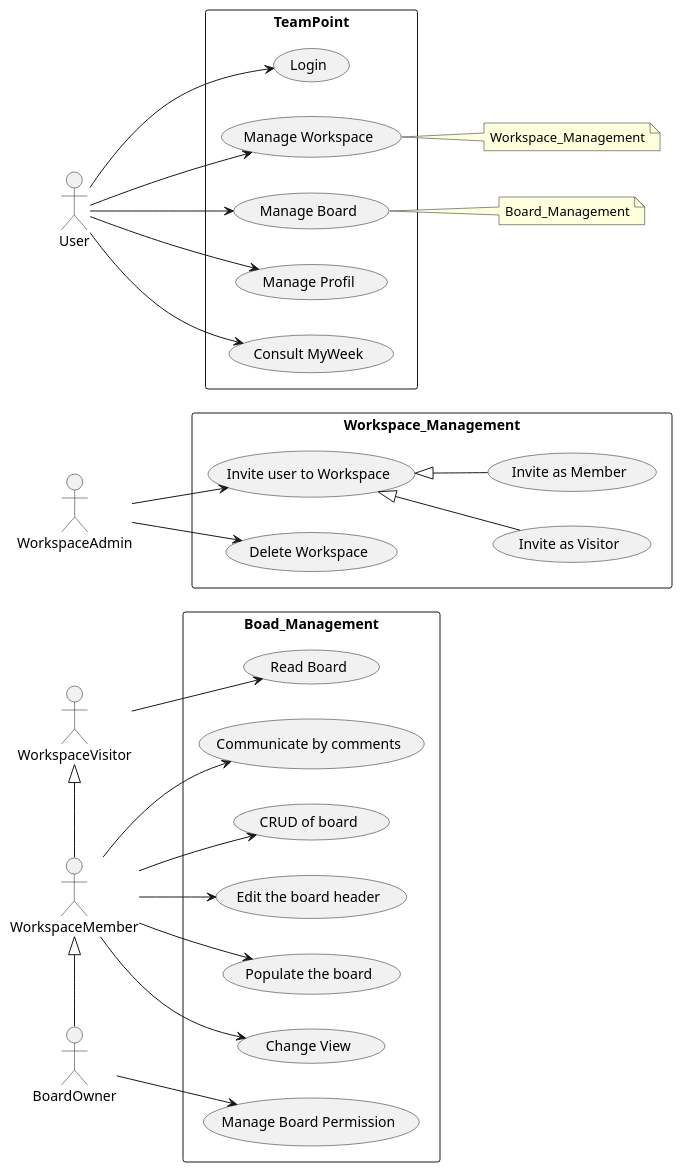
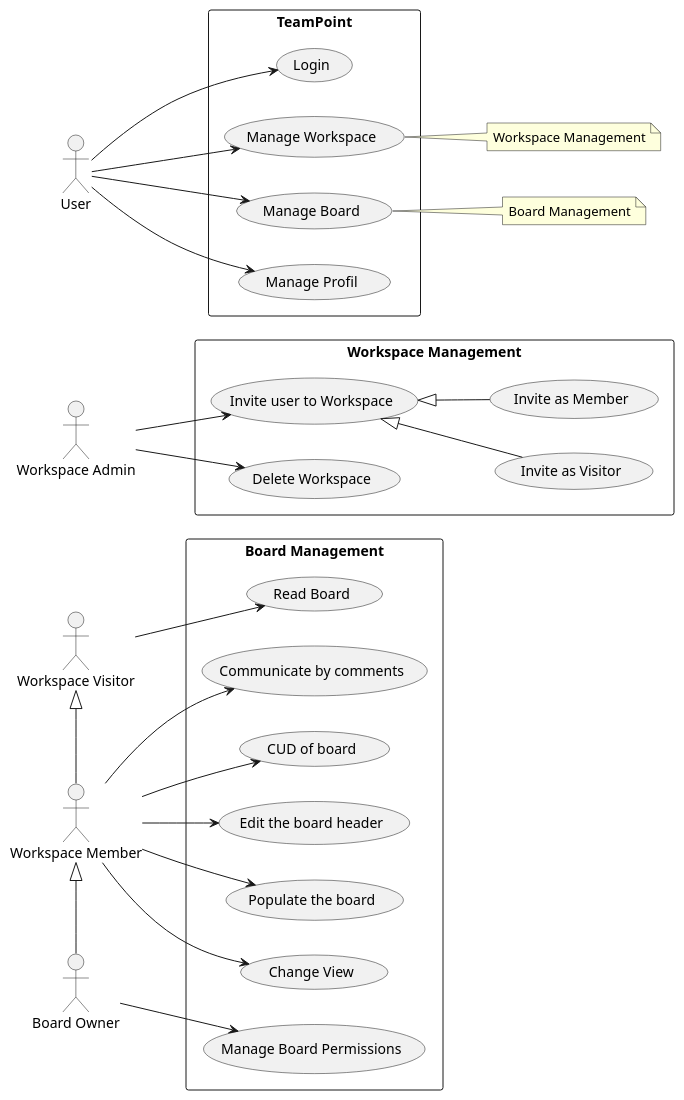
One commit to tirgue/TeamPoint changed the diagram in usecase.plantuml. Above: the diagram before and after it, drawn with PlantUML. The commit also changed 1 other file, not shown here.

Commit message:
Update usecase

```diff
--- a/usecase.plantuml
+++ b/usecase.plantuml
@@ -1,61 +1,57 @@
 @startuml
 left to right direction
 
-actor WorkspaceAdmin
+actor "Workspace Admin" as WorkspaceAdmin
 actor User
-actor WorkspaceMember
-actor BoardOwner
-actor WorkspaceVisitor
+actor "Workspace Member" as WorkspaceMember
+actor "Board Owner" as BoardOwner
+actor "Workspace Visitor" as WorkspaceVisitor
 
 rectangle TeamPoint{
   usecase "Login" as UC112
   usecase "Manage Workspace" as UC110
   usecase "Manage Board" as UC111
   usecase "Manage Profil" as UC113
-  'usecase "Consult inbox" as UC118
-  usecase "Consult MyWeek" as UC117
 }
 User --> UC110
 User --> UC111
 User --> UC112
 User --> UC113
-User --> UC117
-'User --> UC118
 note right of (UC110)
-  Workspace_Management
+  Workspace Management
 end note
 note right of (UC111)
-  Board_Management
+  Board Management
 end note
 
-rectangle Workspace_Management{
+rectangle "Workspace Management" as Workspace_Management{
   usecase "Invite user to Workspace" as UC107
   usecase "Delete Workspace" as UC108
   usecase "Invite as Visitor" as UC114
   usecase "Invite as Member" as UC115
 }
 WorkspaceAdmin --> UC108
 WorkspaceAdmin --> UC107
 UC107 <|-- UC114
 UC107 <|-- UC115
 
-rectangle Boad_Management{
-  usecase "CRUD of board" as UC101
+rectangle "Board Management" as Boad_Management{
+  usecase "CUD of board" as UC101
   usecase "Edit the board header" as UC102
   usecase "Populate the board" as UC103
   usecase "Change View" as UC104
   usecase "Communicate by comments" as UC105
-  usecase "Manage Board Permission" as UC106
+  usecase "Manage Board Permissions" as UC106
   usecase "Read Board" as UC116
 }
 WorkspaceMember <|-right- BoardOwner
 WorkspaceVisitor <|-right- WorkspaceMember
 WorkspaceMember --> UC101
 WorkspaceMember --> UC103
 WorkspaceMember --> UC102
 WorkspaceMember --> UC104
 WorkspaceMember --> UC105
 BoardOwner --> UC106
 WorkspaceVisitor --> UC116
 
 @enduml
```
